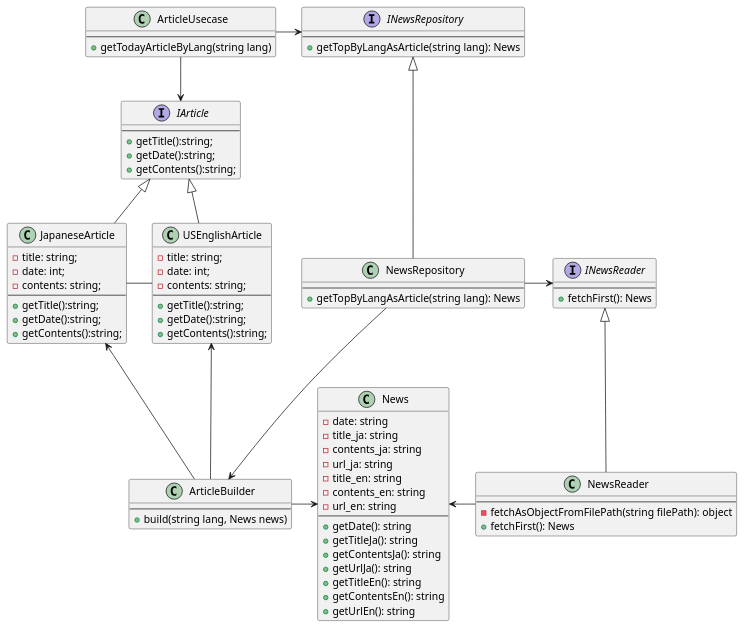
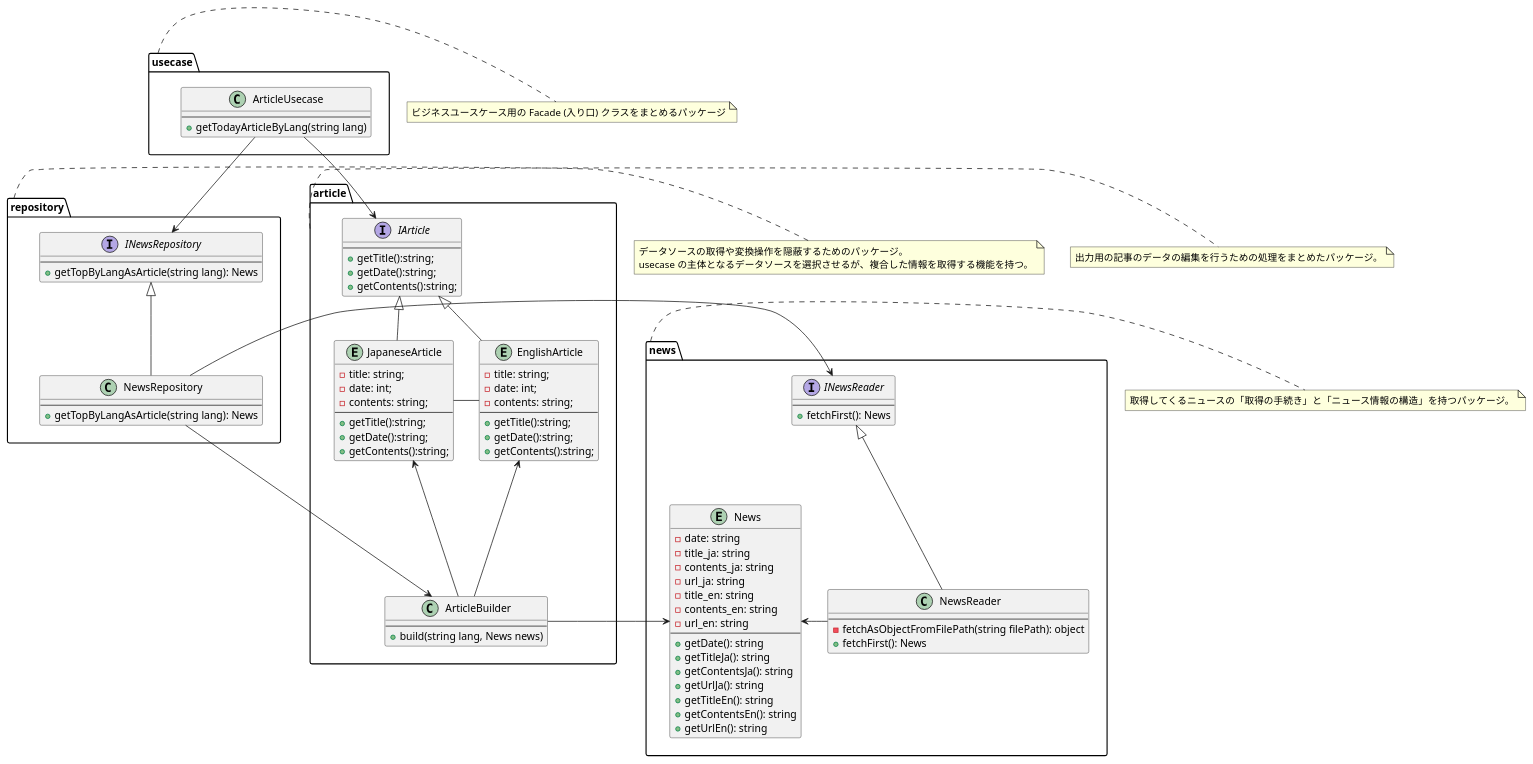
One commit to TongChang/S.O.L.I.D changed the diagram in CASE/KeepPrinciples/class.pu. Above: the diagram before and after it, drawn with PlantUML. The commit also changed 1 other file, not shown here.

Commit message:
[mod] クラス図にパッケージを追加した。

```diff
--- a/CASE/KeepPrinciples/class.pu
+++ b/CASE/KeepPrinciples/class.pu
@@ -1,100 +1,125 @@
 @startuml
 
-class ArticleUsecase {
----
-+getTodayArticleByLang(string lang)
+package usecase {
+    class ArticleUsecase {
+    ---
+    +getTodayArticleByLang(string lang)
+    }
 }
+note right of usecase
+    ビジネスユースケース用の Facade (入り口) クラスをまとめるパッケージ
+endnote
 
-interface INewsRepository {
----
-+getTopByLangAsArticle(string lang): News
+package repository {
+
+    interface INewsRepository {
+    ---
+    +getTopByLangAsArticle(string lang): News
+    }
+
+    class NewsRepository {
+    ---
+    +getTopByLangAsArticle(string lang): News
+    }
+
 }
+note left of repository
+    データソースの取得や変換操作を隠蔽するためのパッケージ。
+    usecase の主体となるデータソースを選択させるが、複合した情報を取得する機能を持つ。
+endnote
 
-class NewsRepository {
----
-+getTopByLangAsArticle(string lang): News
+package article {
+
+    class ArticleBuilder {
+    ---
+    +build(string lang, News news)
+    }
+
+    interface IArticle {
+    ---
+    +getTitle():string;
+    +getDate():string;
+    +getContents():string;
+    }
+
+    entity JapaneseArticle {
+    -title: string;
+    -date: int;
+    -contents: string;
+    ---
+    +getTitle():string;
+    +getDate():string;
+    +getContents():string;
+    }
+
+    entity EnglishArticle {
+    -title: string;
+    -date: int;
+    -contents: string;
+    ---
+    +getTitle():string;
+    +getDate():string;
+    +getContents():string;
+    }
+
 }
+note right of article
+    出力用の記事のデータの編集を行うための処理をまとめたパッケージ。
+endnote
 
-class ArticleBuilder {
----
-+build(string lang, News news)
+package news {
+    interface INewsReader {
+    ---
+    +fetchFirst(): News
+    }
+
+    class NewsReader {
+    ---
+    -fetchAsObjectFromFilePath(string filePath): object
+    +fetchFirst(): News
+    }
+
+    entity News {
+    -date: string
+    -title_ja: string
+    -contents_ja: string
+    -url_ja: string
+    -title_en: string
+    -contents_en: string
+    -url_en: string
+    ---
+    +getDate(): string
+    +getTitleJa(): string
+    +getContentsJa(): string
+    +getUrlJa(): string
+    +getTitleEn(): string
+    +getContentsEn(): string
+    +getUrlEn(): string
+    }
 }
-
-interface IArticle {
----
-+getTitle():string;
-+getDate():string;
-+getContents():string;
-}
-
-class JapaneseArticle {
--title: string;
--date: int;
--contents: string;
----
-+getTitle():string;
-+getDate():string;
-+getContents():string;
-}
-
-class USEnglishArticle {
--title: string;
--date: int;
--contents: string;
----
-+getTitle():string;
-+getDate():string;
-+getContents():string;
-}
-
-interface INewsReader {
----
-+fetchFirst(): News
-}
-
-class NewsReader {
----
--fetchAsObjectFromFilePath(string filePath): object
-+fetchFirst(): News
-}
-
-class News {
--date: string
--title_ja: string
--contents_ja: string
--url_ja: string
--title_en: string
--contents_en: string
--url_en: string
----
-+getDate(): string
-+getTitleJa(): string
-+getContentsJa(): string
-+getUrlJa(): string
-+getTitleEn(): string
-+getContentsEn(): string
-+getUrlEn(): string
-}
+note right of news
+    取得してくるニュースの「取得の手続き」と「ニュース情報の構造」を持つパッケージ。
+endnote
 
 ArticleUsecase -right-> INewsRepository
 ArticleUsecase -down-> IArticle
 
 NewsRepository -up-|> INewsRepository
 
 NewsRepository -down-> ArticleBuilder
 NewsRepository -right-> INewsReader
 
 NewsReader -up-|> INewsReader
 NewsReader -left-> News
 
 ArticleBuilder -right-> News
 ArticleBuilder -up-> JapaneseArticle
-ArticleBuilder -up-> USEnglishArticle
+ArticleBuilder -up-> EnglishArticle
 
 
 JapaneseArticle -up-|> IArticle
-USEnglishArticle -up-|> IArticle
+EnglishArticle -up-|> IArticle
 
-JapaneseArticle -right- USEnglishArticle
+JapaneseArticle -right- EnglishArticle
 
 @enduml
```
